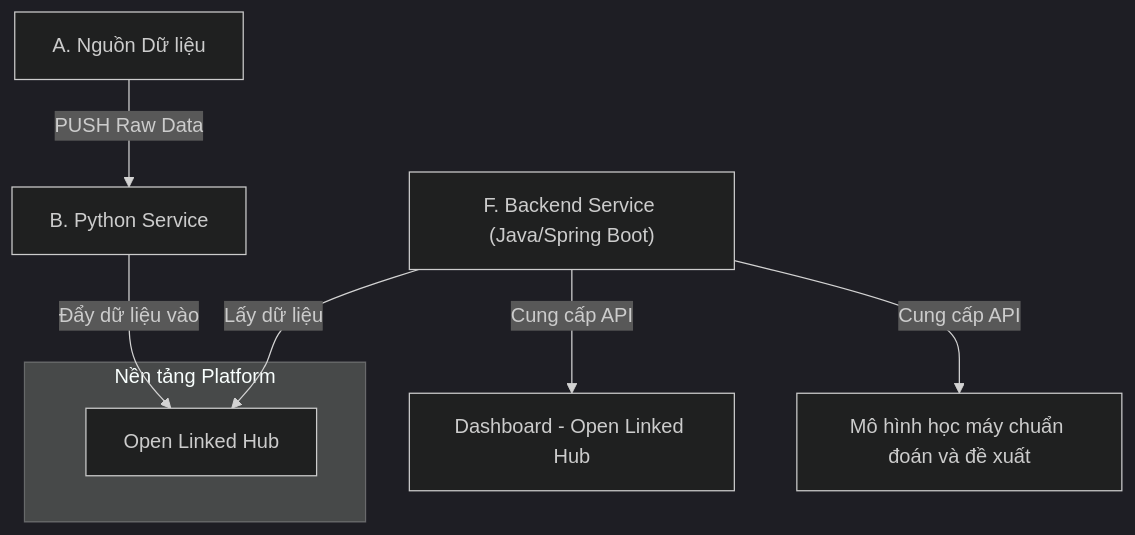
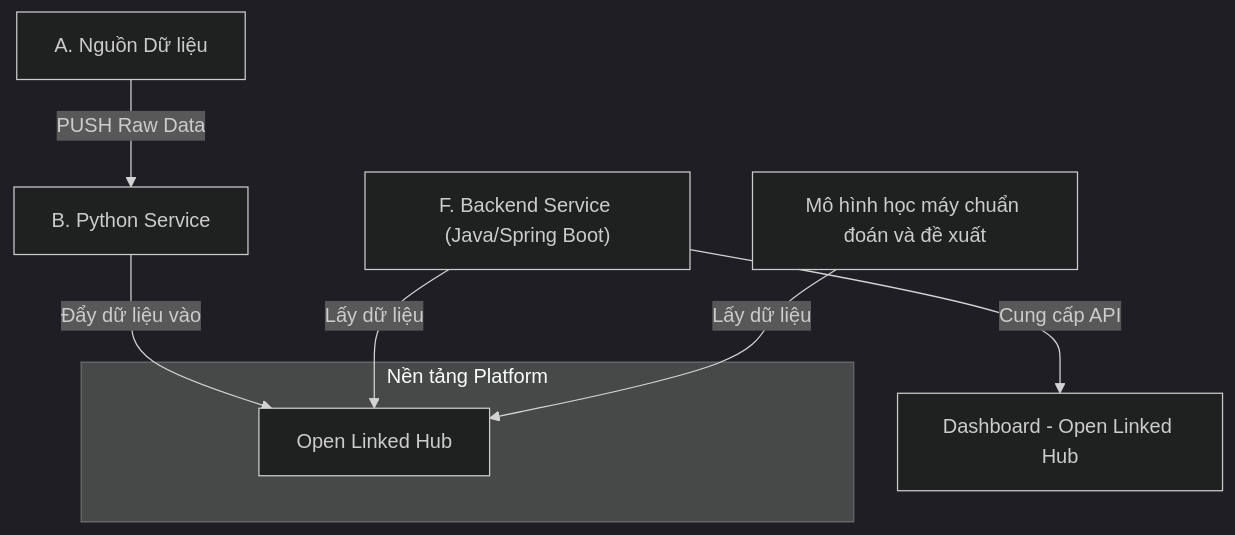
The diagram in README.md (Haui-HIT-H2K/Ldx-Insight), drawn with Mermaid (dark theme) before and after one commit.

````diff
--- a/README.md
+++ b/README.md
@@ -36,36 +36,36 @@
 ```mermaid
 graph TD;
     %% ---- 1. Nguồn ----
     A["A. Nguồn Dữ liệu"];
     
     %% ---- 2. Phân loại ----
     B["B. Python Service"];
     
     %% ---- 3. Cơ sở dữ liệu ----
     subgraph "Nền tảng Platform"
         C["Open Linked Hub"];
     end
 
     %% ---- 4. Logic Backend (Ý tưởng của bạn) ----
     F["F. Backend Service (Java/Spring Boot)"];
 
 
     %% ---- 6. Ứng dụng Demo ----
     J[" Dashboard - Open Linked Hub"];
     K["Mô hình học máy chuẩn đoán và đề xuất"]
 
     %% ---- ĐỊNH NGHĨA LUỒNG DỮ LIỆU ----
     
     %% Luồng 1+2: PUSH & Route
     A -- "PUSH Raw Data" --> B;
     B -- "Đẩy dữ liệu vào" --> C;
 
     %% Luồng 3: PULL (Ý tưởng của bạn)
     F -- "Lấy dữ liệu" --> C;
 
     F -- "Cung cấp API" --> J;
-    F -- "Cung cấp API" --> K;
+    K -- "Lấy dữ liệu" --> C;
     
 
     
 ```
````
